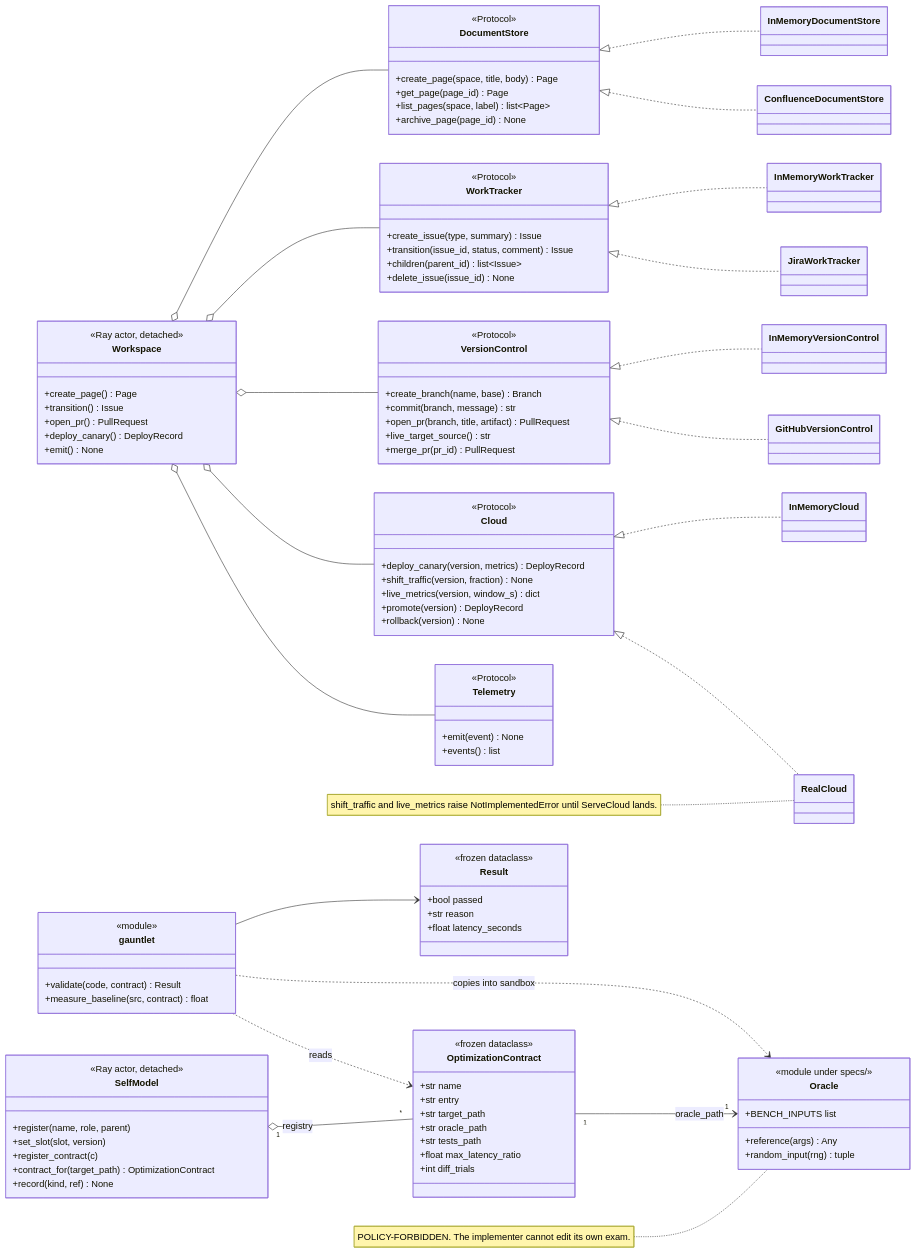
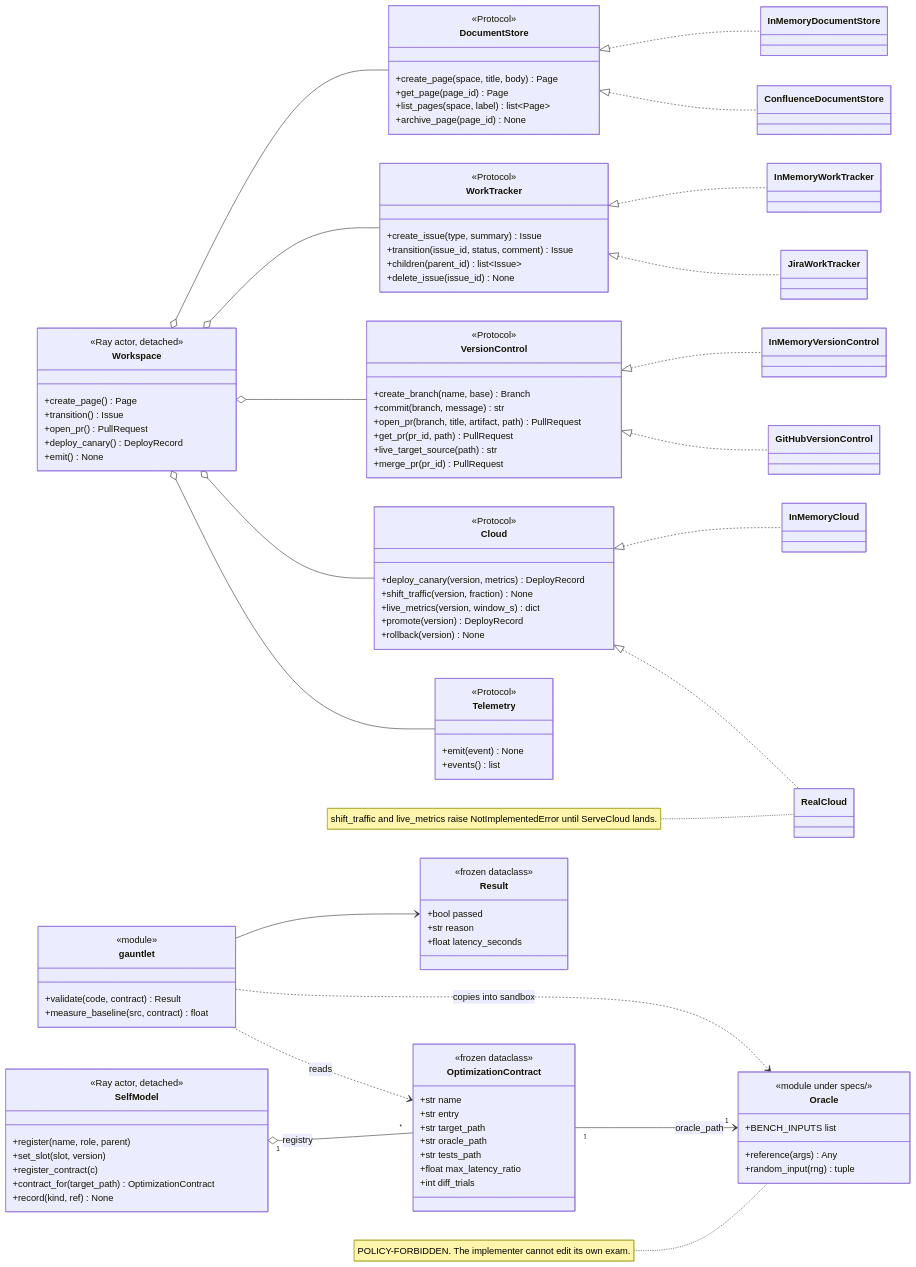
Before and after one commit to ozumpe/omnibase: the first of 6 diagrams in docs/DIAGRAMS.md, drawn with Mermaid. The commit also changed other lines of this file and 13 other files, not shown here.

```diff
--- a/docs/DIAGRAMS.md
+++ b/docs/DIAGRAMS.md
@@ -46,8 +46,9 @@
         <<Protocol>>
         +create_branch(name, base) Branch
         +commit(branch, message) str
-        +open_pr(branch, title, artifact) PullRequest
-        +live_target_source() str
+        +open_pr(branch, title, artifact, path) PullRequest
+        +get_pr(pr_id, path) PullRequest
+        +live_target_source(path) str
         +merge_pr(pr_id) PullRequest
     }
     class Cloud {
```
